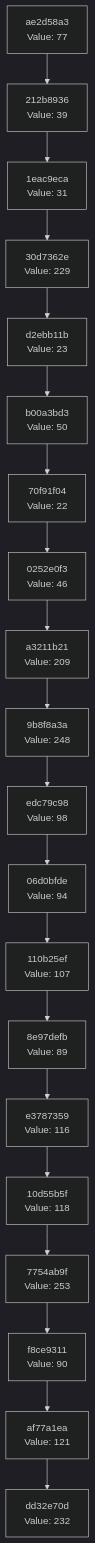
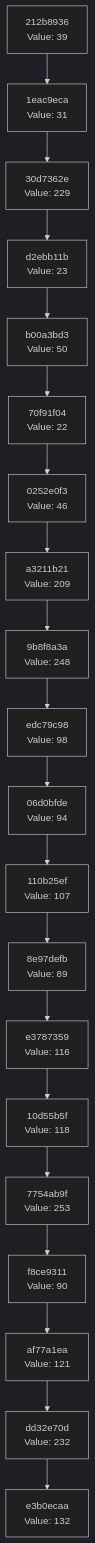
Before and after one commit to Abhisheksinha1506/hash-chain-evolver: the diagram in docs/CHAIN_VISUALIZATION.md, drawn with Mermaid (dark theme). The commit also changed 2 other files, not shown here.

Commit message:
Evolution step: hash 0x84 → action executed

````diff
--- a/docs/CHAIN_VISUALIZATION.md
+++ b/docs/CHAIN_VISUALIZATION.md
@@ -3,42 +3,42 @@
 ```mermaid
 graph TD
-    C0["dd32e70d<br/>Value: 232"]
-    C1["af77a1ea<br/>Value: 121"]
+    C0["e3b0ecaa<br/>Value: 132"]
+    C1["dd32e70d<br/>Value: 232"]
     C1 --> C0
-    C2["f8ce9311<br/>Value: 90"]
+    C2["af77a1ea<br/>Value: 121"]
     C2 --> C1
-    C3["7754ab9f<br/>Value: 253"]
+    C3["f8ce9311<br/>Value: 90"]
     C3 --> C2
-    C4["10d55b5f<br/>Value: 118"]
+    C4["7754ab9f<br/>Value: 253"]
     C4 --> C3
-    C5["e3787359<br/>Value: 116"]
+    C5["10d55b5f<br/>Value: 118"]
     C5 --> C4
-    C6["8e97defb<br/>Value: 89"]
+    C6["e3787359<br/>Value: 116"]
     C6 --> C5
-    C7["110b25ef<br/>Value: 107"]
+    C7["8e97defb<br/>Value: 89"]
     C7 --> C6
-    C8["06d0bfde<br/>Value: 94"]
+    C8["110b25ef<br/>Value: 107"]
     C8 --> C7
-    C9["edc79c98<br/>Value: 98"]
+    C9["06d0bfde<br/>Value: 94"]
     C9 --> C8
-    C10["9b8f8a3a<br/>Value: 248"]
+    C10["edc79c98<br/>Value: 98"]
     C10 --> C9
-    C11["a3211b21<br/>Value: 209"]
+    C11["9b8f8a3a<br/>Value: 248"]
     C11 --> C10
-    C12["0252e0f3<br/>Value: 46"]
+    C12["a3211b21<br/>Value: 209"]
     C12 --> C11
-    C13["70f91f04<br/>Value: 22"]
+    C13["0252e0f3<br/>Value: 46"]
     C13 --> C12
-    C14["b00a3bd3<br/>Value: 50"]
+    C14["70f91f04<br/>Value: 22"]
     C14 --> C13
-    C15["d2ebb11b<br/>Value: 23"]
+    C15["b00a3bd3<br/>Value: 50"]
     C15 --> C14
-    C16["30d7362e<br/>Value: 229"]
+    C16["d2ebb11b<br/>Value: 23"]
     C16 --> C15
-    C17["1eac9eca<br/>Value: 31"]
+    C17["30d7362e<br/>Value: 229"]
     C17 --> C16
-    C18["212b8936<br/>Value: 39"]
+    C18["1eac9eca<br/>Value: 31"]
     C18 --> C17
-    C19["ae2d58a3<br/>Value: 77"]
+    C19["212b8936<br/>Value: 39"]
     C19 --> C18
 ```
````
